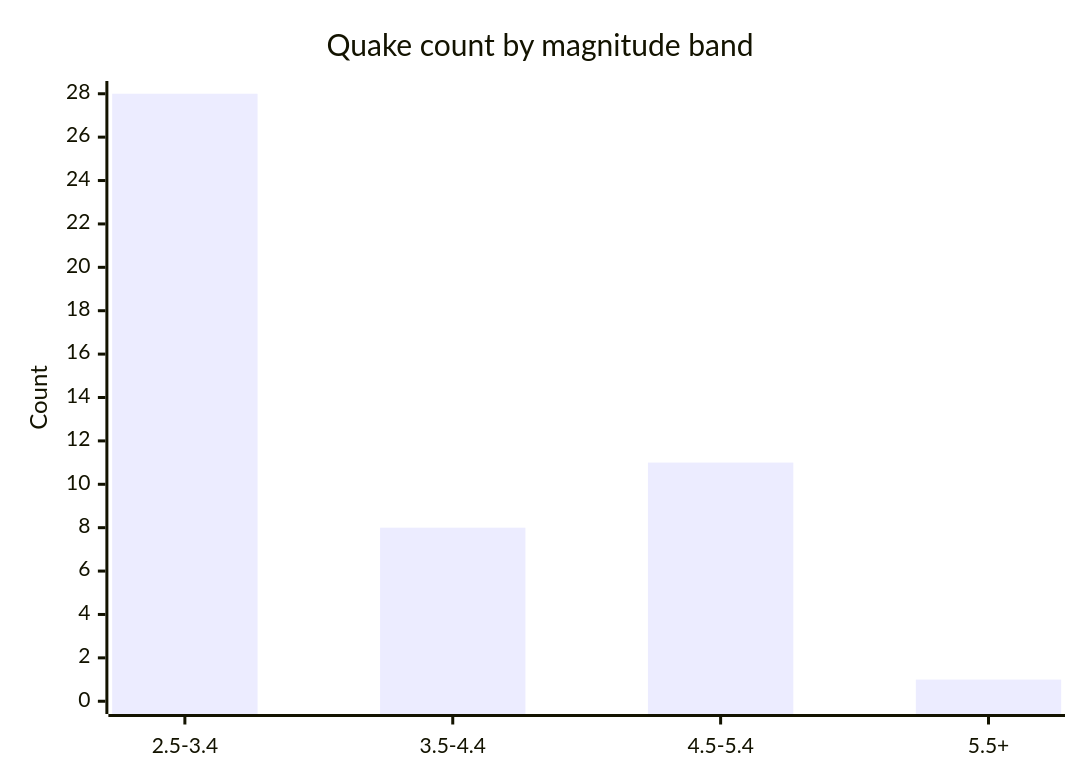
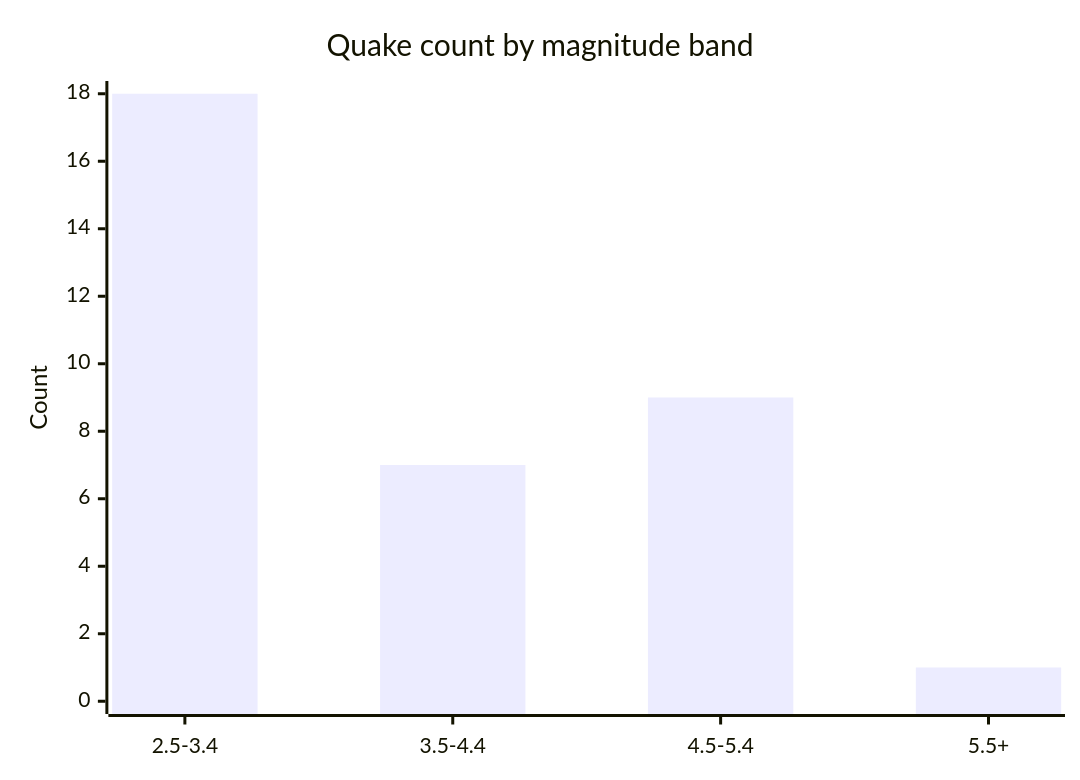
One commit to Midwest-Stratospheric/aerostratospheric-defense-gir changed the fifth of 6 diagrams in docs/GRAPHS.md. Above: the diagram before and after it, drawn with Mermaid. The commit also changed other lines of this file and 23 other files, not shown here.

````diff
--- a/docs/GRAPHS.md
+++ b/docs/GRAPHS.md
@@ -82,7 +82,7 @@
 ```mermaid
 xychart-beta
   title "Quake count by magnitude band"
   x-axis ["2.5-3.4", "3.5-4.4", "4.5-5.4", "5.5+"]
-  y-axis "Count" 0 --> 28
-  bar [28, 8, 11, 1]
+  y-axis "Count" 0 --> 18
+  bar [18, 7, 9, 1]
 ```
````
